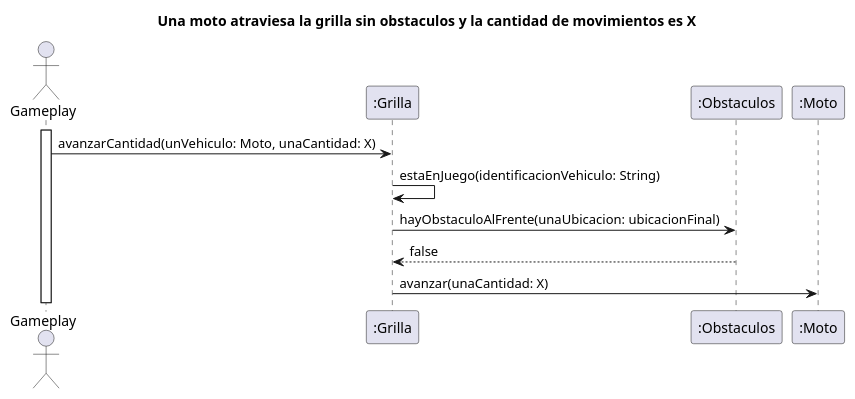
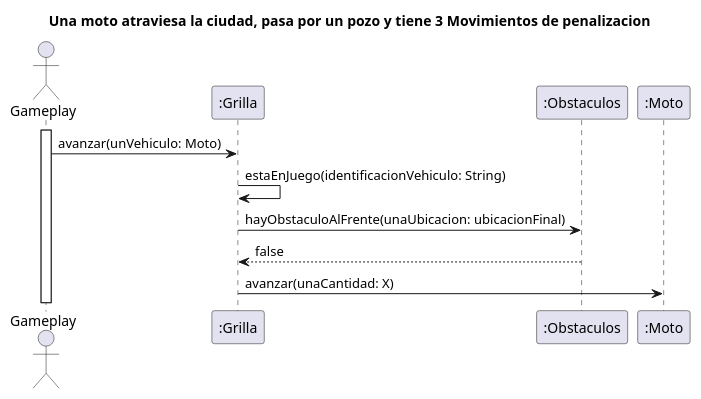
Before and after one commit to Dolo-pavon01/gpsChallenge: the diagram in diagrams/sequences/ds.plantuml, drawn with PlantUML.

```diff
--- a/diagrams/sequences/ds.plantuml
+++ b/diagrams/sequences/ds.plantuml
@@ -1,17 +1,17 @@
 @startuml
 
-title Una moto atraviesa la grilla sin obstaculos y la cantidad de movimientos es X
+title Una moto atraviesa la ciudad, pasa por un pozo y tiene 3 Movimientos de penalizacion
 
 actor Gameplay
 participant ":Grilla" as Grilla
 participant ":Obstaculos" as Obstaculos
 participant ":Moto" as Moto
 
 activate Gameplay
-Gameplay -> Grilla: avanzarCantidad(unVehiculo: Moto, unaCantidad: X)
+Gameplay -> Grilla: avanzar(unVehiculo: Moto)
 Grilla -> Grilla: estaEnJuego(identificacionVehiculo: String)
 Grilla -> Obstaculos: hayObstaculoAlFrente(unaUbicacion: ubicacionFinal)
 return false
 Grilla -> Moto: avanzar(unaCantidad: X)
 
 @enduml
```
